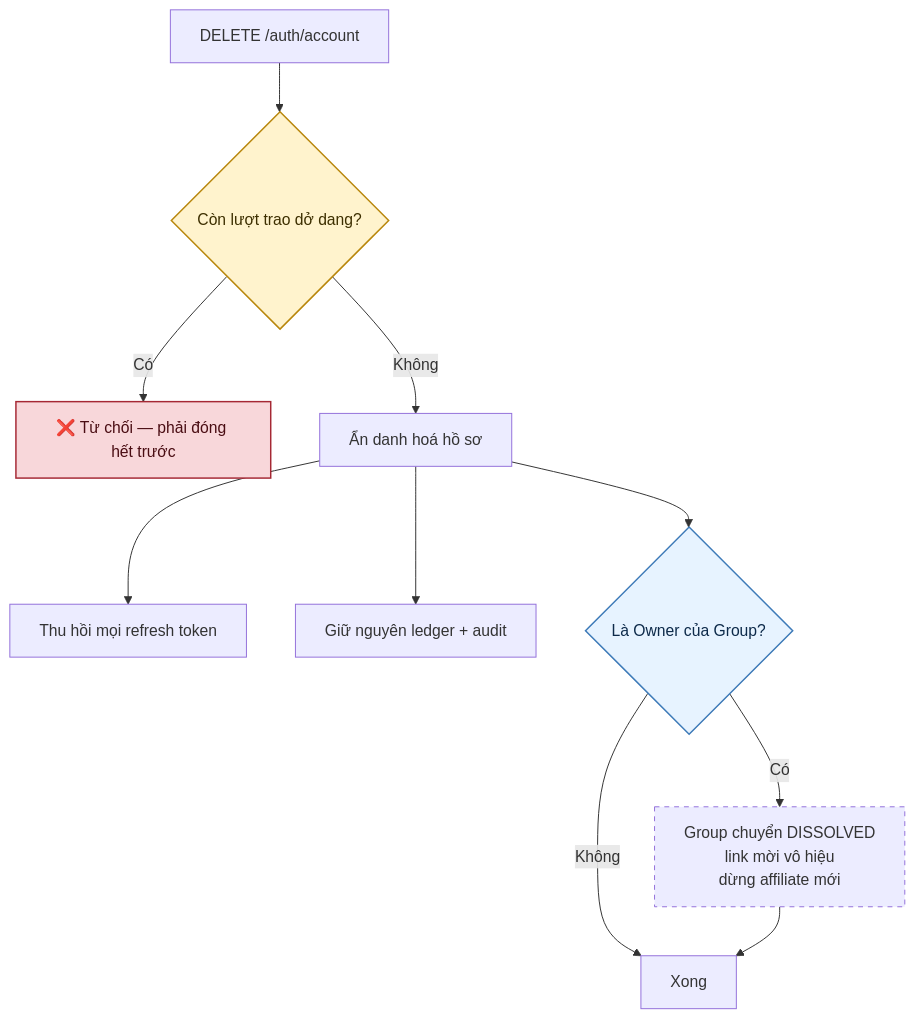
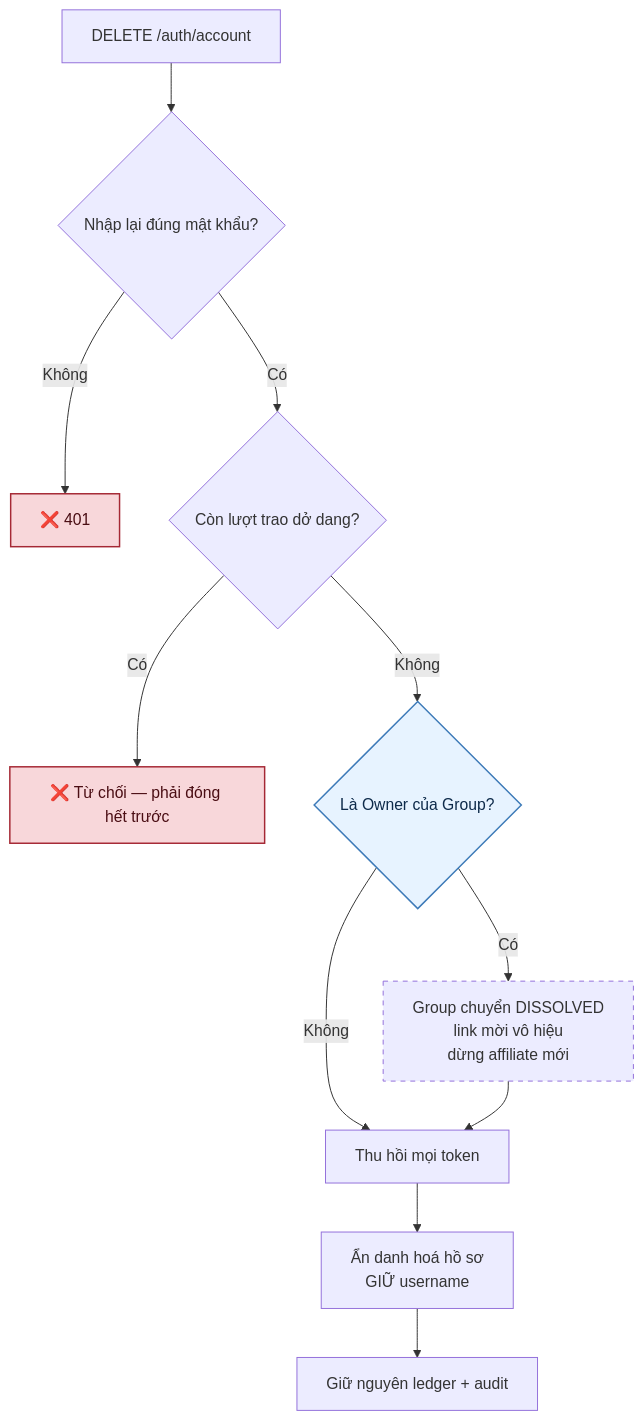
Before and after one commit to fdshn/trueheart: the sixth of 6 diagrams in docs/diagram/01-auth.md, drawn with Mermaid. The commit also changed other lines of this file and 65 other files, not shown here.

First line of the commit message:
feat(auth): xác minh email, đổi mật khẩu, và ba lỗ phiên đăng nhập

````diff
--- a/docs/diagram/01-auth.md
+++ b/docs/diagram/01-auth.md
@@ -136,17 +250,18 @@
 ```mermaid
 flowchart TD
-    A[DELETE /auth/account] --> B{Còn lượt trao dở dang?}
+    A[DELETE /auth/account] --> A1{Nhập lại đúng mật khẩu?}
+    A1 -->|Không| A2[❌ 401]
+    A1 -->|Có| B{Còn lượt trao dở dang?}
     B -->|Có| C[❌ Từ chối — phải đóng hết trước]
-    B -->|Không| D[Ẩn danh hoá hồ sơ]
-    D --> E[Thu hồi mọi refresh token]
-    D --> F[Giữ nguyên ledger + audit]
-    D --> G{Là Owner của Group?}
+    B -->|Không| G{Là Owner của Group?}
     G -->|Có| H[Group chuyển DISSOLVED<br/>link mời vô hiệu<br/>dừng affiliate mới]
-    G -->|Không| I[Xong]
-    H --> I
+    G -->|Không| D[Thu hồi mọi token]
+    H --> D
+    D --> E[Ẩn danh hoá hồ sơ<br/>GIỮ username]
+    E --> F[Giữ nguyên ledger + audit]
 
-    style B fill:#fff3cd,stroke:#b8860b,stroke-width:1.5px,color:#3d2f00
+    style A2 fill:#f8d7da,stroke:#a52834,stroke-width:1.5px,color:#4a0d13
     style C fill:#f8d7da,stroke:#a52834,stroke-width:1.5px,color:#4a0d13
     style G fill:#e7f3ff,stroke:#3d7ab8,stroke-width:1.5px,color:#0d2a4a
     style H stroke-dasharray: 5 5
 ```
````
